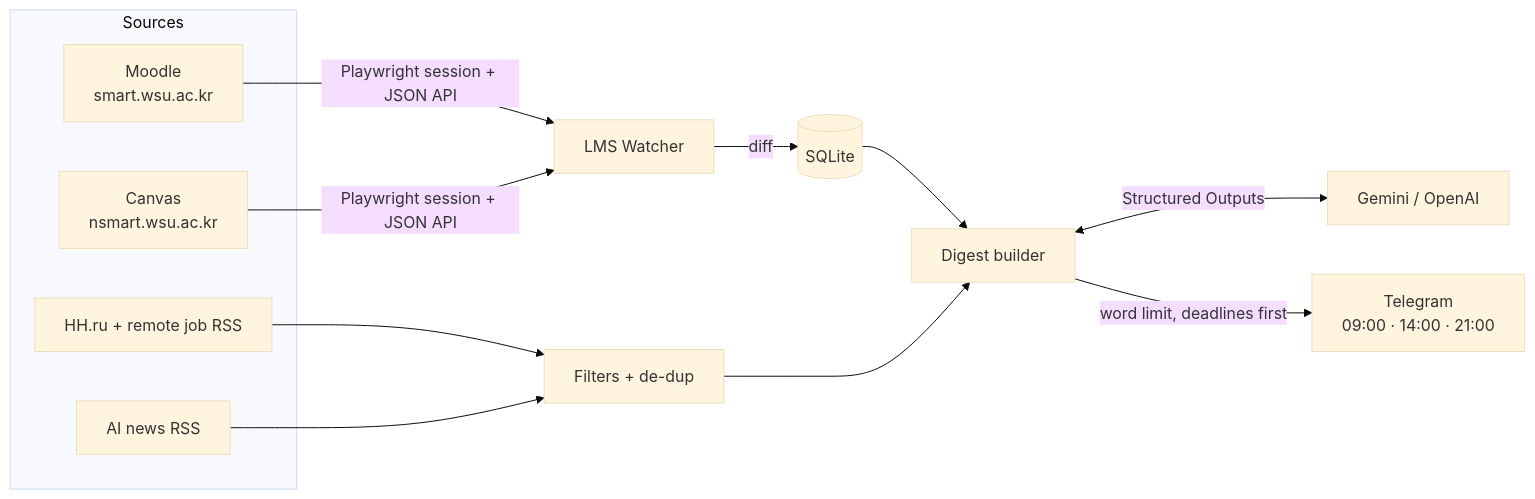
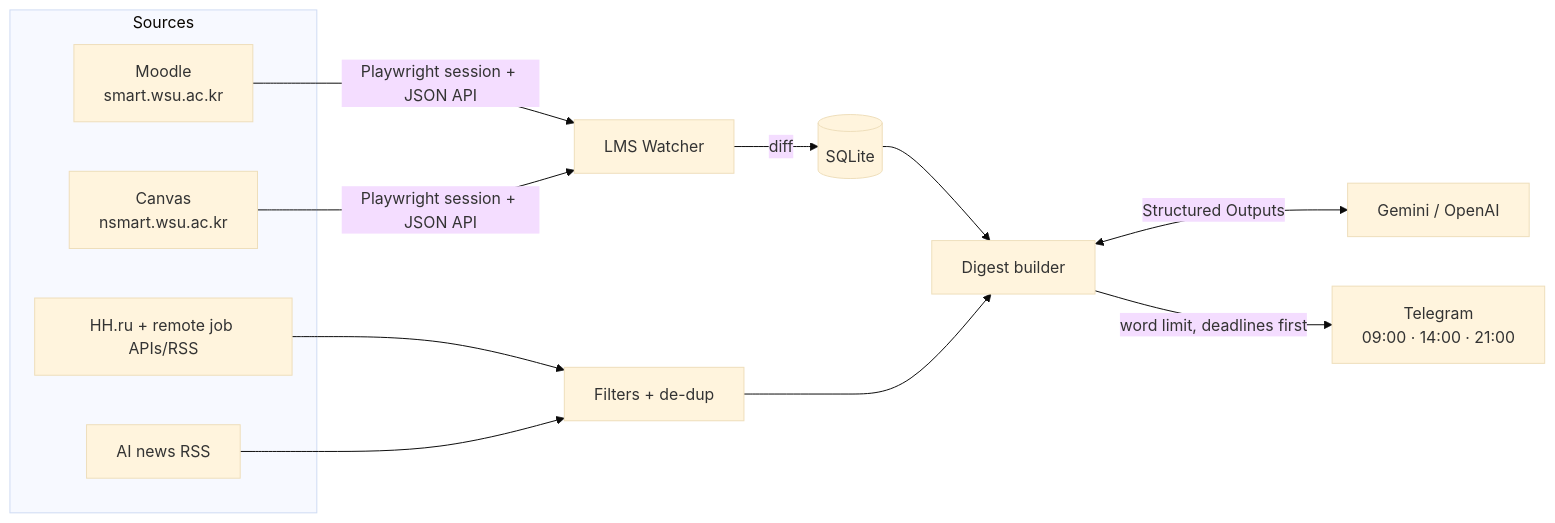
One commit to askarbekkk/ai-daily-assistant changed the diagram in README.md. Above: the diagram before and after it, drawn with Mermaid (base theme). The commit also changed other lines of this file and 5 other files, not shown here.

First line of the commit message:
Add Jobicy and RemoteOK as keyless job sources

````diff
--- a/README.md
+++ b/README.md
@@ -54,16 +54,16 @@
 ```mermaid
 flowchart LR
   subgraph Sources
     LMS1[Moodle<br/>smart.wsu.ac.kr]
     LMS2[Canvas<br/>nsmart.wsu.ac.kr]
-    JOBS[HH.ru + remote job RSS]
+    JOBS[HH.ru + remote job APIs/RSS]
     NEWS[AI news RSS]
   end
   LMS1 & LMS2 -->|Playwright session + JSON API| W[LMS Watcher]
   W -->|diff| DB[(SQLite)]
   JOBS & NEWS --> F[Filters + de-dup]
   DB --> D[Digest builder]
   F --> D
   D <-->|Structured Outputs| LLM[Gemini / OpenAI]
   D -->|word limit, deadlines first| TG[Telegram<br/>09:00 · 14:00 · 21:00]
 ```
````
